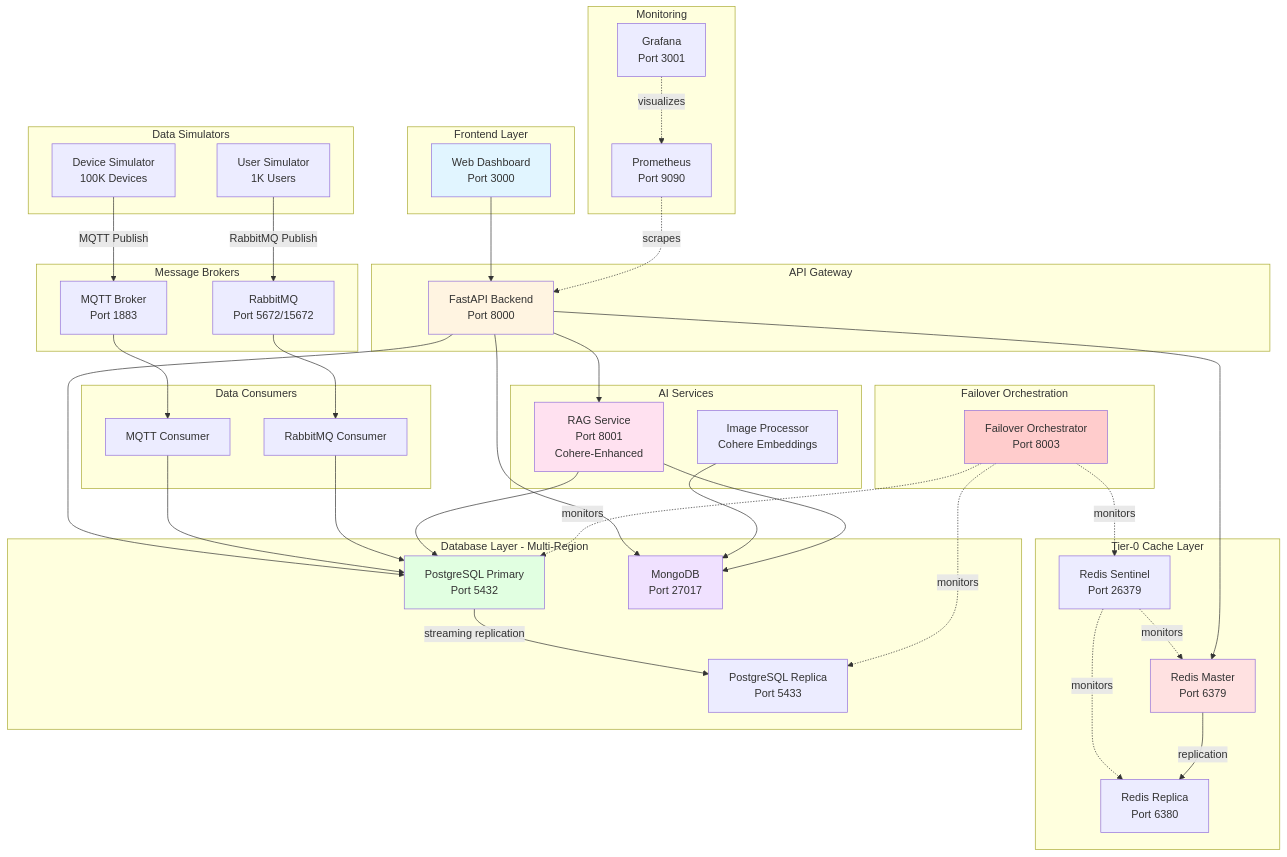
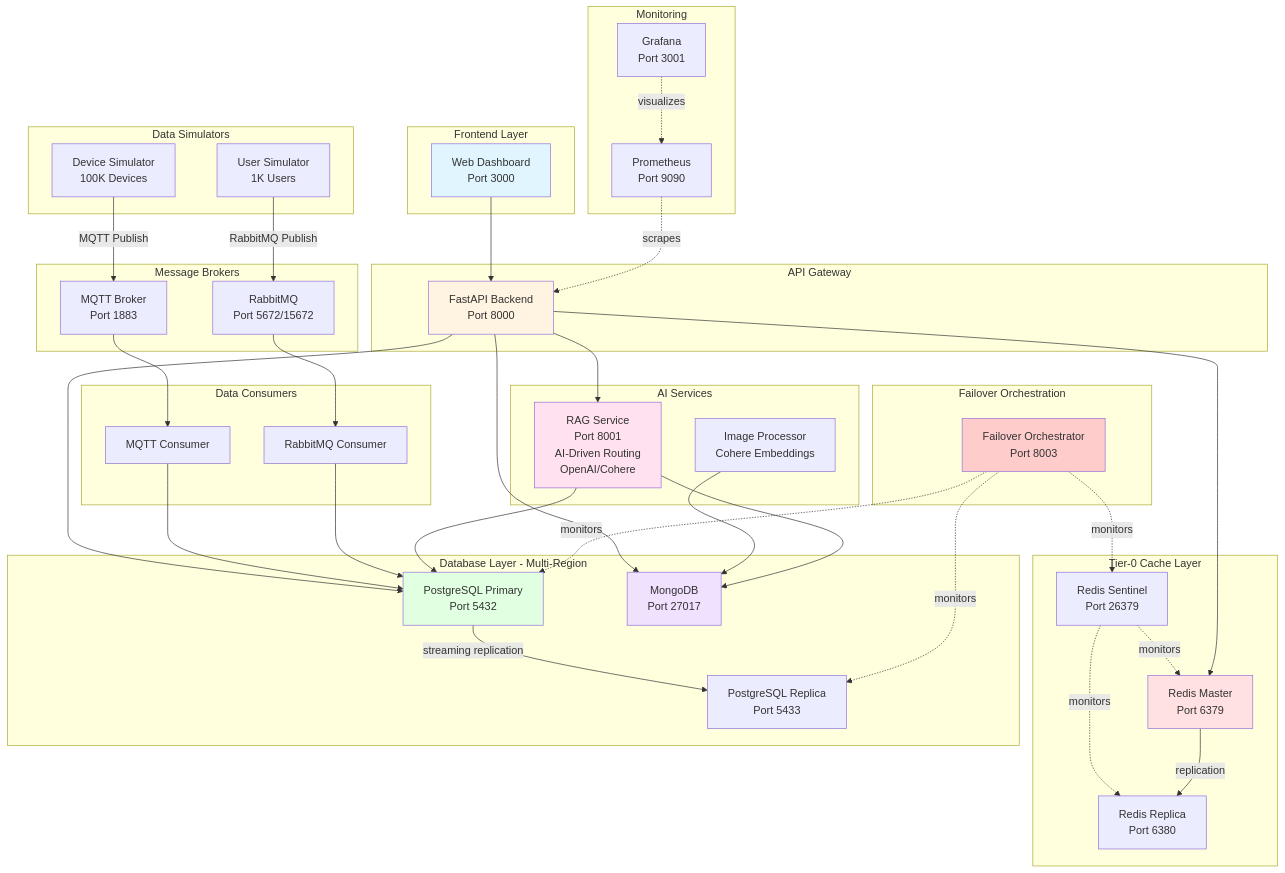
One commit to ConnectBest/EntSystemsHackaton changed the diagram in docs/architecture.md. Above: the diagram before and after it, drawn with Mermaid. The commit also changed other lines of this file and 6 other files, not shown here.

```diff
--- a/docs/architecture.md
+++ b/docs/architecture.md
@@ -47,7 +47,7 @@
     end
 
     subgraph "AI Services"
-        RAG[RAG Service<br/>Port 8001<br/>Cohere-Enhanced]
+        RAG[RAG Service<br/>Port 8001<br/>AI-Driven Routing<br/>OpenAI/Cohere]
         IMG_PROC[Image Processor<br/>Cohere Embeddings]
     end
 
```
